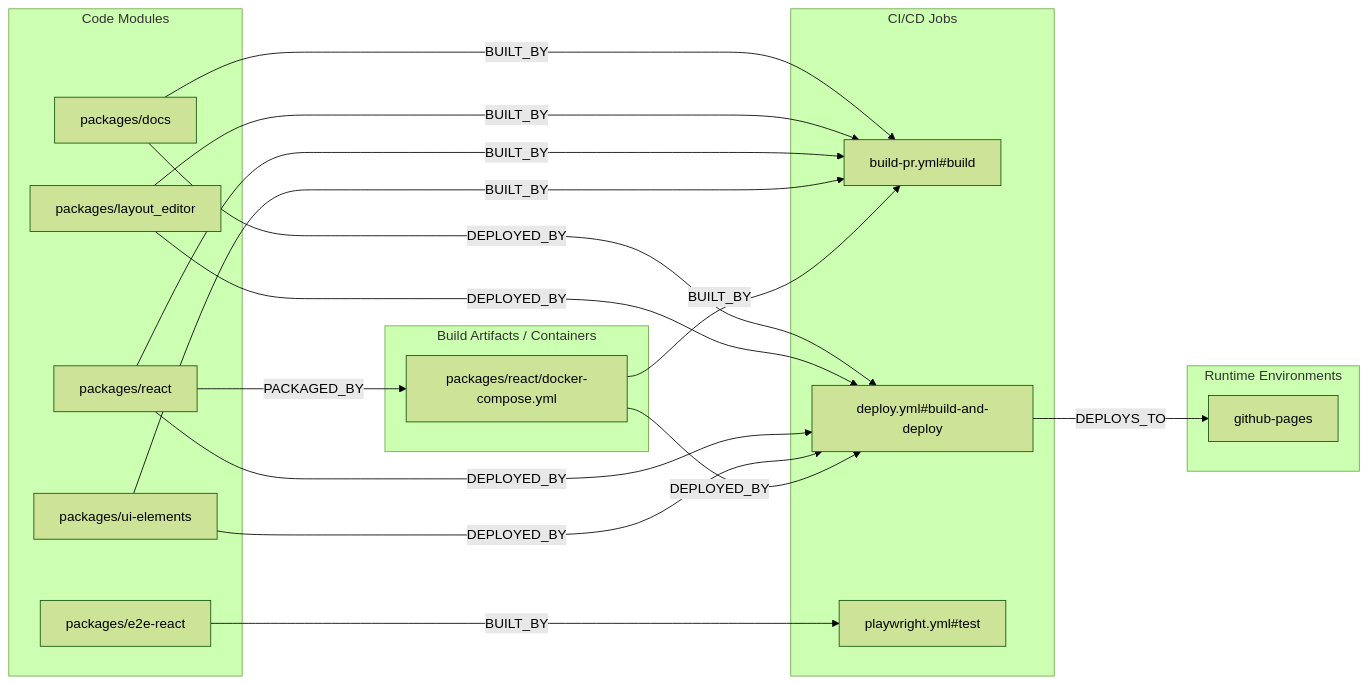
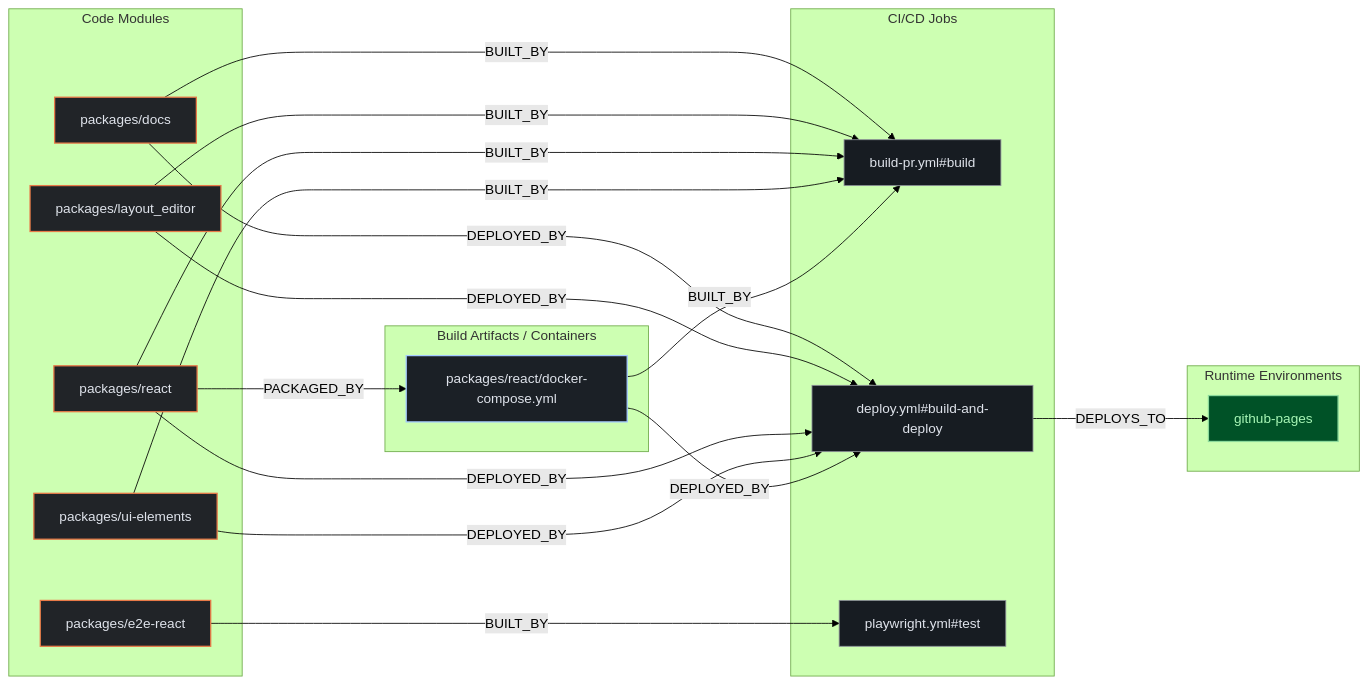
The second of 3 diagrams in exports/latest/reports/RocketChat-EmbeddedChat-report.md (kumarshaz/atruss-code-atlas), drawn with Mermaid (forest theme) before and after one commit. The commit also changed other lines of this file and 331 other files, not shown here.

Commit message:
docs,ui,fix: update SDLC docs, reorder CI/CD DAG first, stylize Mermaid, and fix Arc42 pipeline topology

````diff
--- a/exports/latest/reports/RocketChat-EmbeddedChat-report.md
+++ b/exports/latest/reports/RocketChat-EmbeddedChat-report.md
@@ -246,34 +253,38 @@
 ```mermaid
 flowchart LR
+    classDef atlasCategory fill:#212428,stroke:#E87A48,stroke-width:1.5px,color:#dfe3eb
+    classDef atlasWorkflow fill:#1b2026,stroke:#a3c9ff,stroke-width:1.5px,color:#dfe3eb
+    classDef atlasJob fill:#171c22,stroke:#8d9199,stroke-width:1px,color:#dfe3eb
+    classDef atlasTarget fill:#005227,stroke:#8bd99b,stroke-width:1.5px,color:#a7f6b6
     subgraph code_modules["Code Modules"]
-        mod_packages_docs["packages/docs"]
-        mod_packages_e2e_react["packages/e2e-react"]
-        mod_packages_layout_editor["packages/layout_editor"]
-        mod_packages_react["packages/react"]
-        mod_packages_ui_elements["packages/ui-elements"]
+        mod_packages_docs["packages/docs"]:::atlasCategory
+        mod_packages_e2e_react["packages/e2e-react"]:::atlasCategory
+        mod_packages_layout_editor["packages/layout_editor"]:::atlasCategory
+        mod_packages_react["packages/react"]:::atlasCategory
+        mod_packages_ui_elements["packages/ui-elements"]:::atlasCategory
     end
     subgraph build_artifacts["Build Artifacts / Containers"]
-        art_packages_react_docker_compose_yml["packages/react/docker-compose.yml"]
+        art_packages_react_docker_compose_yml["packages/react/docker-compose.yml"]:::atlasWorkflow
     end
     subgraph ci_jobs["CI/CD Jobs"]
-        job_build_pr_yml_build["build-pr.yml#build"]
-        job_deploy_yml_build_and_deploy["deploy.yml#build-and-deploy"]
-        job_playwright_yml_test["playwright.yml#test"]
+        job_build_pr_yml_build["build-pr.yml#build"]:::atlasJob
+        job_deploy_yml_build_and_deploy["deploy.yml#build-and-deploy"]:::atlasJob
+        job_playwright_yml_test["playwright.yml#test"]:::atlasJob
     end
     subgraph runtime_envs["Runtime Environments"]
-        env_github_pages["github-pages"]
+        env_github_pages["github-pages"]:::atlasTarget
     end
     job_deploy_yml_build_and_deploy -->|DEPLOYS_TO| env_github_pages
     mod_packages_docs -->|BUILT_BY| job_build_pr_yml_build
     mod_packages_docs -->|DEPLOYED_BY| job_deploy_yml_build_and_deploy
     mod_packages_e2e_react -->|BUILT_BY| job_playwright_yml_test
     mod_packages_layout_editor -->|BUILT_BY| job_build_pr_yml_build
     mod_packages_layout_editor -->|DEPLOYED_BY| job_deploy_yml_build_and_deploy
     mod_packages_react -->|BUILT_BY| job_build_pr_yml_build
     mod_packages_react -->|DEPLOYED_BY| job_deploy_yml_build_and_deploy
     mod_packages_react -->|PACKAGED_BY| art_packages_react_docker_compose_yml
     mod_packages_ui_elements -->|BUILT_BY| job_build_pr_yml_build
     mod_packages_ui_elements -->|DEPLOYED_BY| job_deploy_yml_build_and_deploy
     art_packages_react_docker_compose_yml -->|BUILT_BY| job_build_pr_yml_build
     art_packages_react_docker_compose_yml -->|DEPLOYED_BY| job_deploy_yml_build_and_deploy
 ```
````
